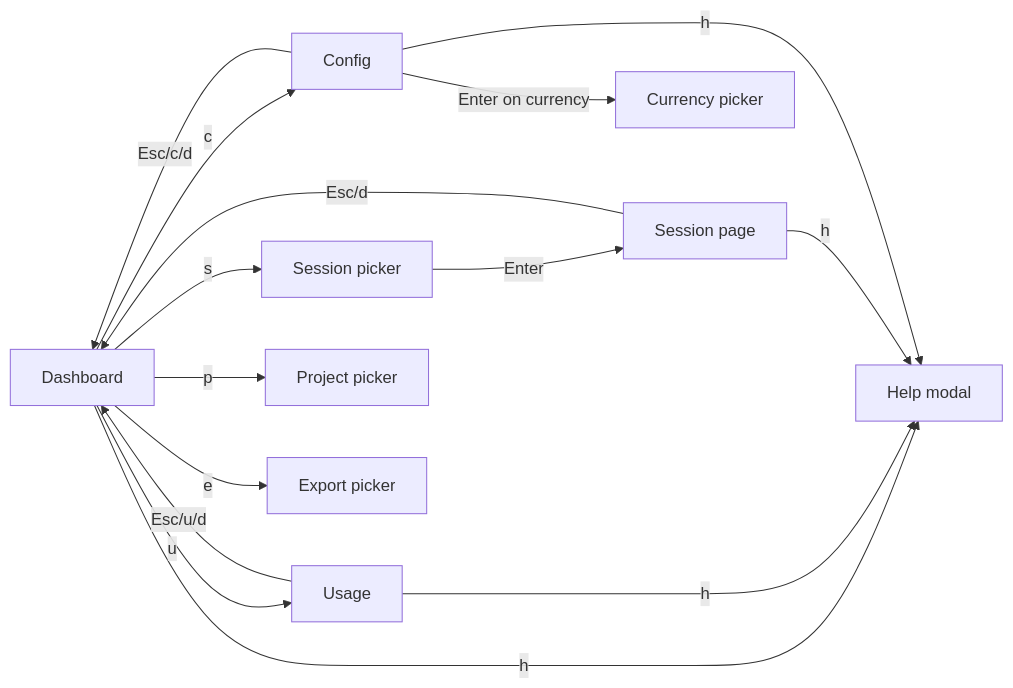
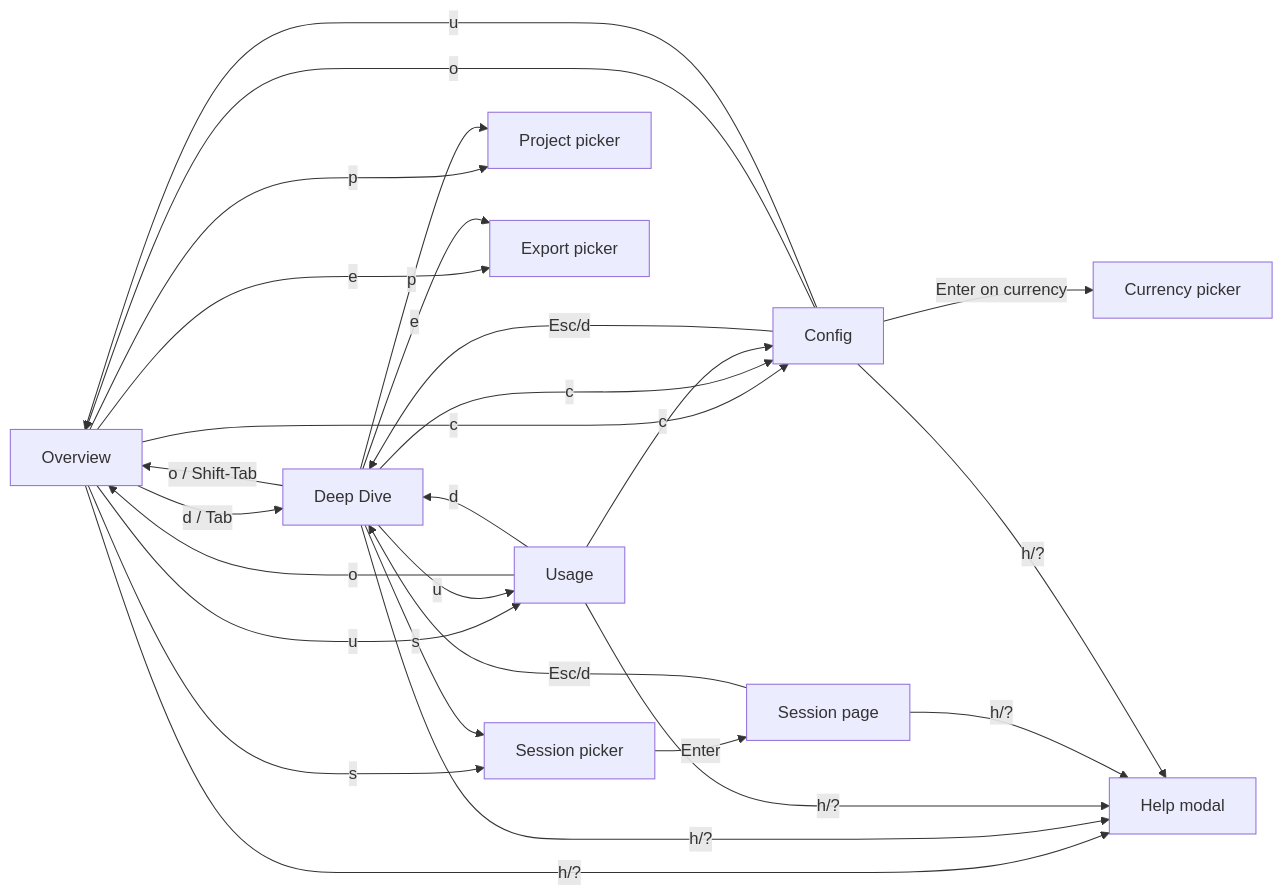
Before and after one commit to russmckendrick/tokenuse: the third of 4 diagrams in docs/architecture.md, drawn with Mermaid. The commit also changed other lines of this file and 22 other files, not shown here.

````diff
--- a/docs/architecture.md
+++ b/docs/architecture.md
@@ -80,17 +80,29 @@
 ```mermaid
 flowchart LR
-    D[Dashboard] -- c --> Cfg[Config]
-    D -- u --> U[Usage]
-    D -- s --> S[Session picker]
-    S -- Enter --> Sess[Session page]
-    Cfg -- Esc/c/d --> D
-    U -- Esc/u/d --> D
-    Sess -- Esc/d --> D
-    D -- p --> Pick[Project picker]
-    D -- e --> Exp[Export picker]
+    O[Overview] -- d / Tab --> DD[Deep Dive]
+    O -- u --> U[Usage]
+    O -- c --> Cfg[Config]
+    O -- s --> SP[Session picker]
+    SP -- Enter --> Sess[Session page]
+    DD -- o / Shift-Tab --> O
+    DD -- u --> U
+    DD -- s --> SP
+    DD -- c --> Cfg
+    U -- o --> O
+    U -- d --> DD
+    U -- c --> Cfg
+    Cfg -- Esc/d --> DD
+    Cfg -- o --> O
+    Cfg -- u --> O
+    Sess -- Esc/d --> DD
+    O -- p --> Pick[Project picker]
+    DD -- p --> Pick
+    O -- e --> Exp[Export picker]
+    DD -- e --> Exp
     Cfg -- Enter on currency --> Curr[Currency picker]
-    D -- h --> Help[Help modal]
-    U -- h --> Help
-    Sess -- h --> Help
-    Cfg -- h --> Help
+    O -- h/? --> Help[Help modal]
+    DD -- h/? --> Help
+    U -- h/? --> Help
+    Sess -- h/? --> Help
+    Cfg -- h/? --> Help
 ```
````
